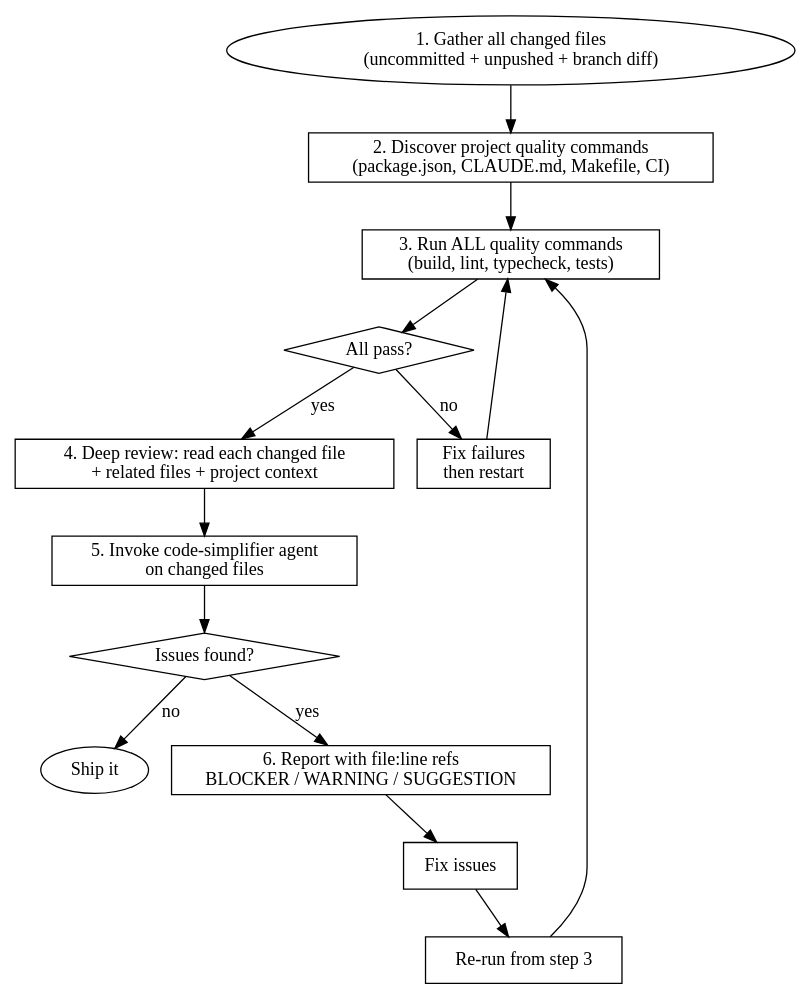
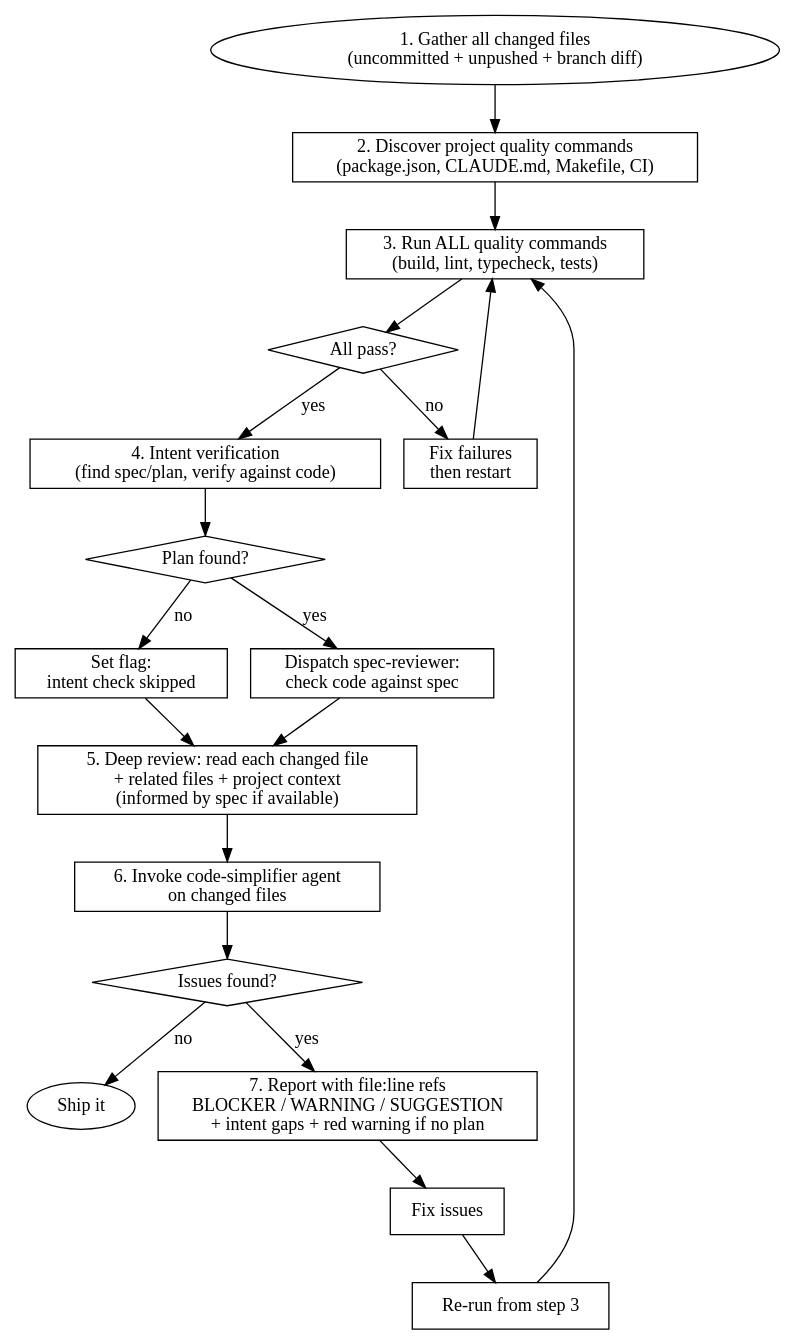
The diagram in skills/ship-wreck-check/SKILL.md (its-meseba/meseba-skills), drawn with Graphviz before and after one commit. The commit also changed other lines of this file and 5 other files, not shown here.

````diff
--- a/skills/ship-wreck-check/SKILL.md
+++ b/skills/ship-wreck-check/SKILL.md
@@ -16,28 +16,37 @@
 ```dot
 digraph ship_wreck_check {
   rankdir=TB;
   node [shape=box];
 
   gather [label="1. Gather all changed files\n(uncommitted + unpushed + branch diff)" shape=ellipse];
   discover [label="2. Discover project quality commands\n(package.json, CLAUDE.md, Makefile, CI)"];
   run_commands [label="3. Run ALL quality commands\n(build, lint, typecheck, tests)"];
   commands_pass [label="All pass?" shape=diamond];
   fix_commands [label="Fix failures\nthen restart"];
-  deep_review [label="4. Deep review: read each changed file\n+ related files + project context"];
-  simplify [label="5. Invoke code-simplifier agent\non changed files"];
+  intent [label="4. Intent verification\n(find spec/plan, verify against code)"];
+  plan_found [label="Plan found?" shape=diamond];
+  verify_intent [label="Dispatch spec-reviewer:\ncheck code against spec"];
+  no_plan [label="Set flag:\nintent check skipped"];
+  deep_review [label="5. Deep review: read each changed file\n+ related files + project context\n(informed by spec if available)"];
+  simplify [label="6. Invoke code-simplifier agent\non changed files"];
   issues [label="Issues found?" shape=diamond];
-  report [label="6. Report with file:line refs\nBLOCKER / WARNING / SUGGESTION"];
+  report [label="7. Report with file:line refs\nBLOCKER / WARNING / SUGGESTION\n+ intent gaps + red warning if no plan"];
   fix [label="Fix issues"];
   rerun [label="Re-run from step 3"];
   clean [label="Ship it" shape=ellipse];
 
   gather -> discover -> run_commands -> commands_pass;
   commands_pass -> fix_commands [label="no"];
-  commands_pass -> deep_review [label="yes"];
+  commands_pass -> intent [label="yes"];
   fix_commands -> run_commands;
+  intent -> plan_found;
+  plan_found -> verify_intent [label="yes"];
+  plan_found -> no_plan [label="no"];
+  verify_intent -> deep_review;
+  no_plan -> deep_review;
   deep_review -> simplify -> issues;
   issues -> report [label="yes"];
   issues -> clean [label="no"];
   report -> fix -> rerun -> run_commands;
 }
 ```
````
